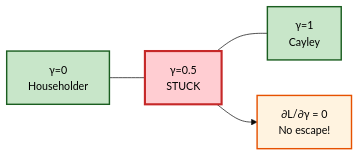
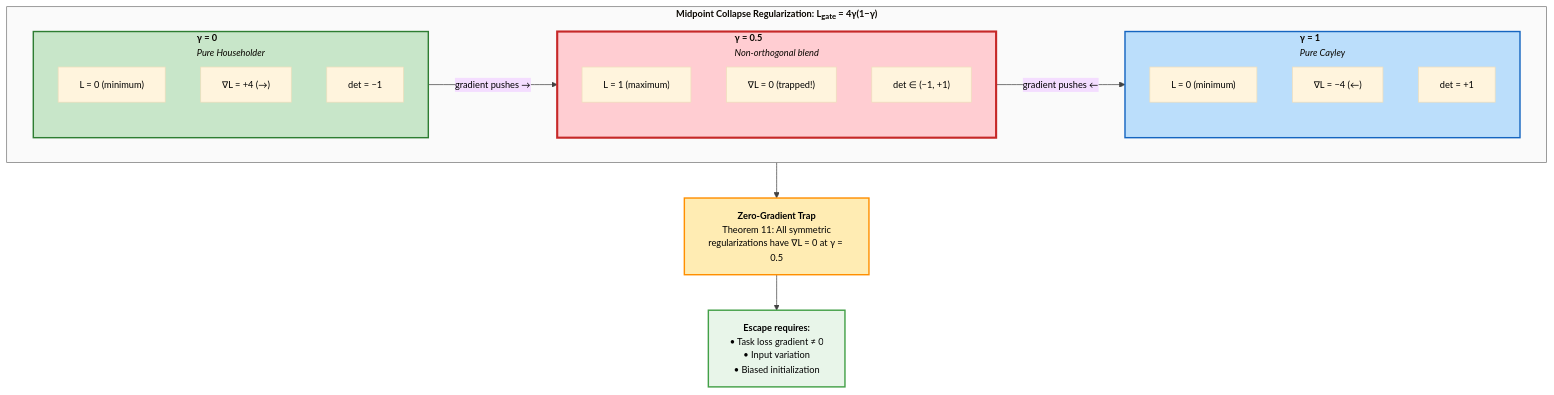
The ninth of 10 diagrams in docs/RESEARCH.md (arash-shahmansoori/edelta), drawn with Mermaid before and after one commit. The commit also changed other lines of this file and 4 other files, not shown here.

First line of the commit message:
Enhance RESEARCH.md with publication-quality diagrams and sequential figure numbering

````diff
--- a/docs/RESEARCH.md
+++ b/docs/RESEARCH.md
@@ -1109,11 +1500,39 @@
 ```mermaid
-%%{init: {'theme': 'base', 'themeVariables': { 'fontSize': '15px', 'fontFamily': 'Arial', 'primaryTextColor': '#000'}}}%%
-flowchart LR
-    G0["γ=0<br/>Householder"] --- G05["γ=0.5<br/>STUCK"] --- G1["γ=1<br/>Cayley"]
-    G05 --> OUT["∂L/∂γ = 0<br/>No escape!"]
+%%{init: {'theme': 'base', 'themeVariables': { 'fontSize': '13px', 'fontFamily': 'Georgia, Times New Roman, serif', 'primaryTextColor': '#000000', 'lineColor': '#424242'}}}%%
+flowchart TB
+    subgraph REG["<b>Midpoint Collapse Regularization: L<sub>gate</sub> = 4γ(1−γ)</b>"]
+        direction LR
+        
+        subgraph LEFT["<b>γ = 0</b><br/><i>Pure Householder</i>"]
+            L1["L = 0 (minimum)"]
+            L2["∇L = +4 (→)"]
+            L3["det = −1"]
+        end
+        
+        subgraph MID["<b>γ = 0.5</b><br/><i>Non-orthogonal blend</i>"]
+            M1["L = 1 (maximum)"]
+            M2["∇L = 0 (trapped!)"]
+            M3["det ∈ (−1, +1)"]
+        end
+        
+        subgraph RIGHT["<b>γ = 1</b><br/><i>Pure Cayley</i>"]
+            R1["L = 0 (minimum)"]
+            R2["∇L = −4 (←)"]
+            R3["det = +1"]
+        end
+        
+        LEFT -->|"gradient pushes →"| MID
+        MID -->|"gradient pushes ←"| RIGHT
+    end
     
-    style G0 fill:#c8e6c9,stroke:#1b5e20,stroke-width:2px
-    style G05 fill:#ffcdd2,stroke:#c62828,stroke-width:3px
-    style G1 fill:#c8e6c9,stroke:#1b5e20,stroke-width:2px
-    style OUT fill:#fff3e0,stroke:#e65100,stroke-width:2px
+    MID --> TRAP["<b>Zero-Gradient Trap</b><br/>Theorem 11: All symmetric<br/>regularizations have ∇L = 0 at γ = 0.5"]
+    
+    TRAP --> ESC["<b>Escape requires:</b><br/>• Task loss gradient ≠ 0<br/>• Input variation<br/>• Biased initialization"]
+    
+    style LEFT fill:#c8e6c9,stroke:#2e7d32,stroke-width:2px
+    style MID fill:#ffcdd2,stroke:#c62828,stroke-width:3px
+    style RIGHT fill:#bbdefb,stroke:#1565c0,stroke-width:2px
+    style REG fill:#fafafa,stroke:#757575,stroke-width:1px
+    style TRAP fill:#ffecb3,stroke:#ff8f00,stroke-width:2px
+    style ESC fill:#e8f5e9,stroke:#43a047,stroke-width:2px
 ```
````
